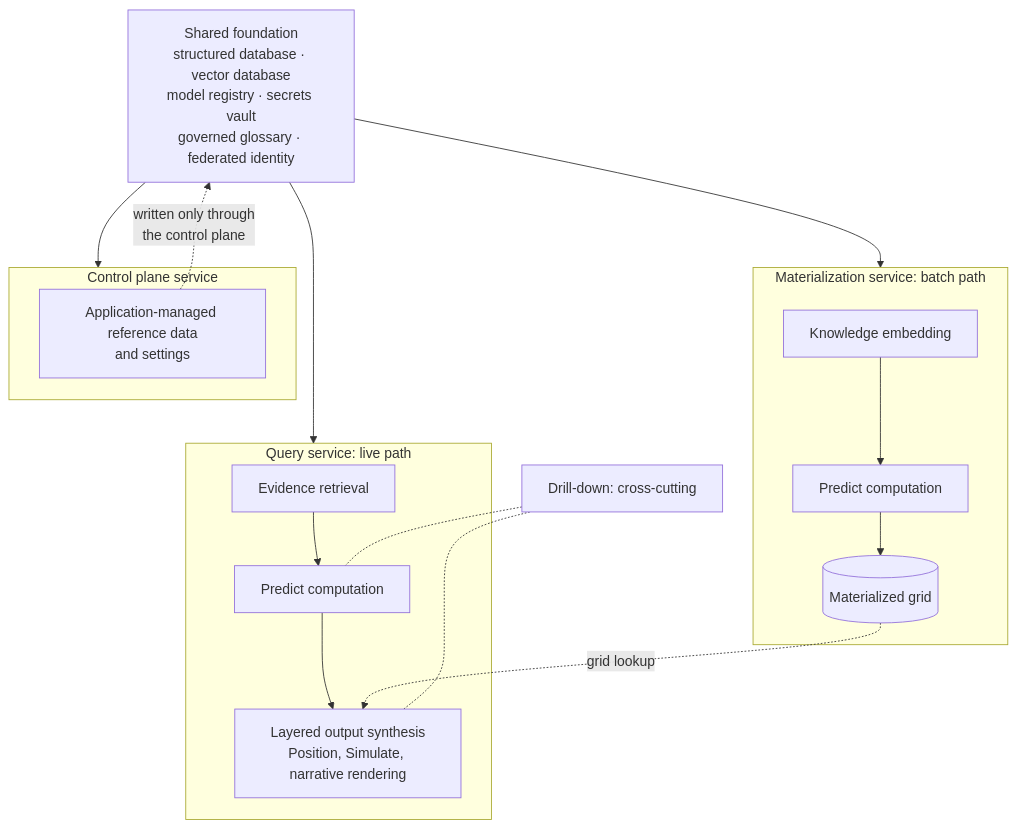
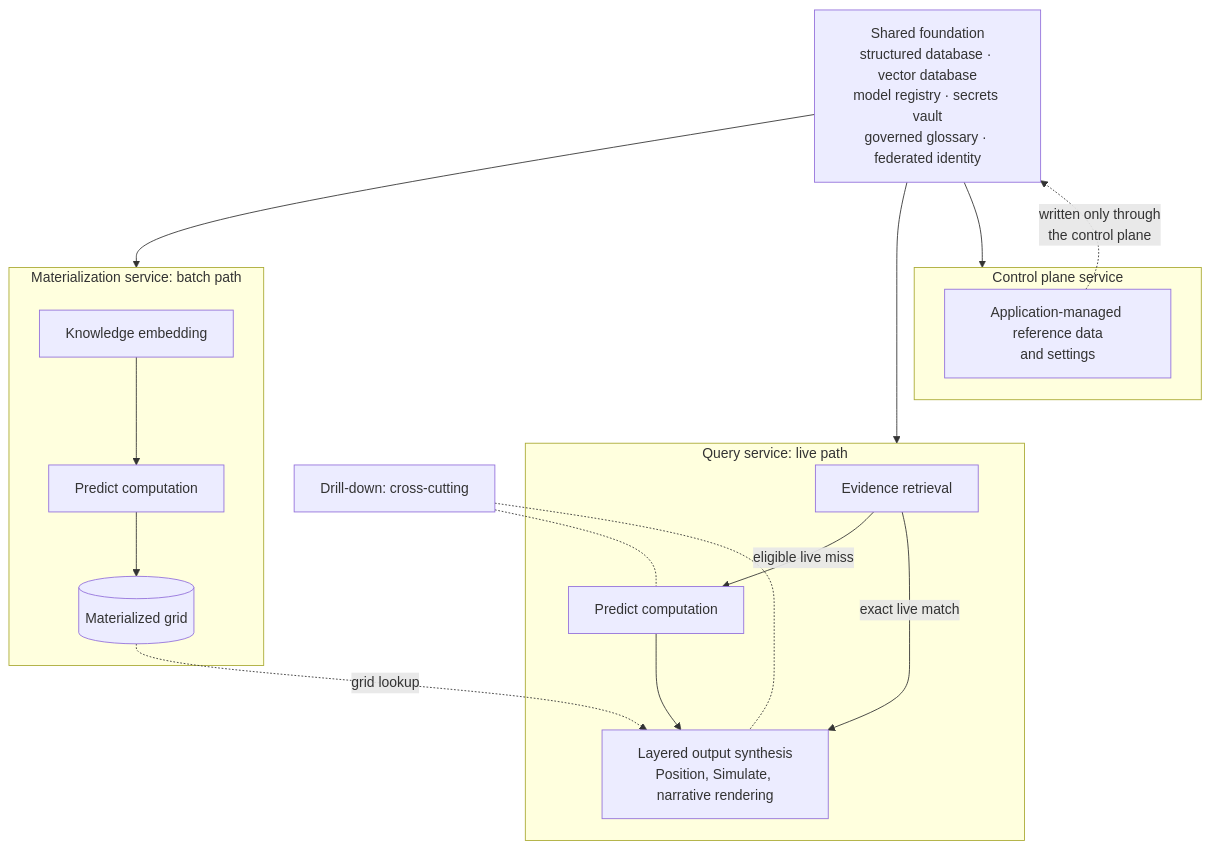
The first of 5 diagrams in specs/application/technical/architecture.md (billy-atkins/price-horizon), drawn with Mermaid before and after one commit. The commit also changed other lines of this file and 33 other files, not shown here.

````diff
--- a/specs/application/technical/architecture.md
+++ b/specs/application/technical/architecture.md
@@ -59,36 +59,37 @@
 ```mermaid
 ---
 config:
   layout: dagre
 ---
 flowchart TD
     FOUND["Shared foundation<br/>structured database · vector database<br/>model registry · secrets vault<br/>governed glossary · federated identity"]
 
     subgraph Materialization["Materialization service: batch path"]
         KE["Knowledge embedding"]
         PCN["Predict computation"]
         GRID[("Materialized grid")]
         KE --> PCN --> GRID
     end
 
     subgraph QueryService["Query service: live path"]
         RET["Evidence retrieval"]
         PCL["Predict computation"]
         LOS["Layered output synthesis<br/>Position, Simulate, narrative rendering"]
-        RET --> PCL --> LOS
+        RET -->|"eligible live miss"| PCL --> LOS
+        RET -->|"exact live match"| LOS
     end
 
     subgraph ControlPlane["Control plane service"]
         CFG["Application-managed reference data<br/>and settings"]
     end
 
     DRILL["Drill-down: cross-cutting"]
 
     FOUND --> Materialization
     FOUND --> QueryService
     FOUND --> ControlPlane
     CFG -. "written only through<br/>the control plane" .-> FOUND
     GRID -. "grid lookup" .-> LOS
     DRILL -.- PCL
     DRILL -.- LOS
 ```
````
